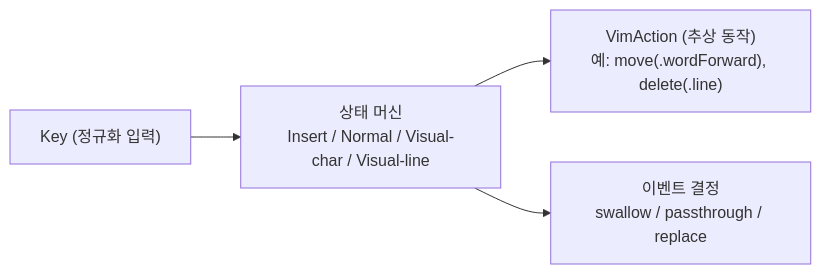
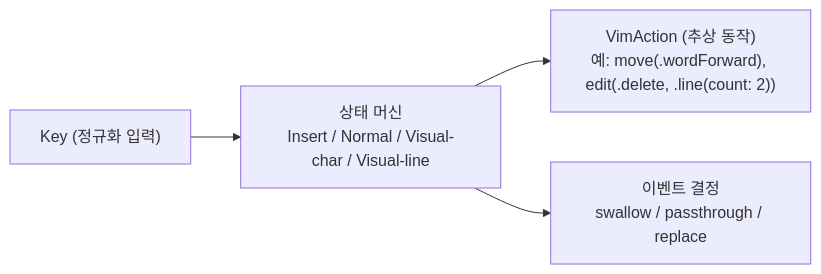
Before and after one commit to pilyang/vim-action: the diagram in .claude/skills/architecture/references/mode-engine.md, drawn with Mermaid. The commit also changed other lines of this file and 10 other files, not shown here.

````diff
--- a/.claude/skills/architecture/references/mode-engine.md
+++ b/.claude/skills/architecture/references/mode-engine.md
@@ -9,6 +9,6 @@
 ```mermaid
 graph LR
     Key["Key (정규화 입력)"] --> SM["상태 머신<br/>Insert / Normal / Visual-char / Visual-line"]
-    SM --> VA["VimAction (추상 동작)<br/>예: move(.wordForward), delete(.line)"]
+    SM --> VA["VimAction (추상 동작)<br/>예: move(.wordForward), edit(.delete, .line(count: 2))"]
     SM --> Decision["이벤트 결정<br/>swallow / passthrough / replace"]
 ```
````
